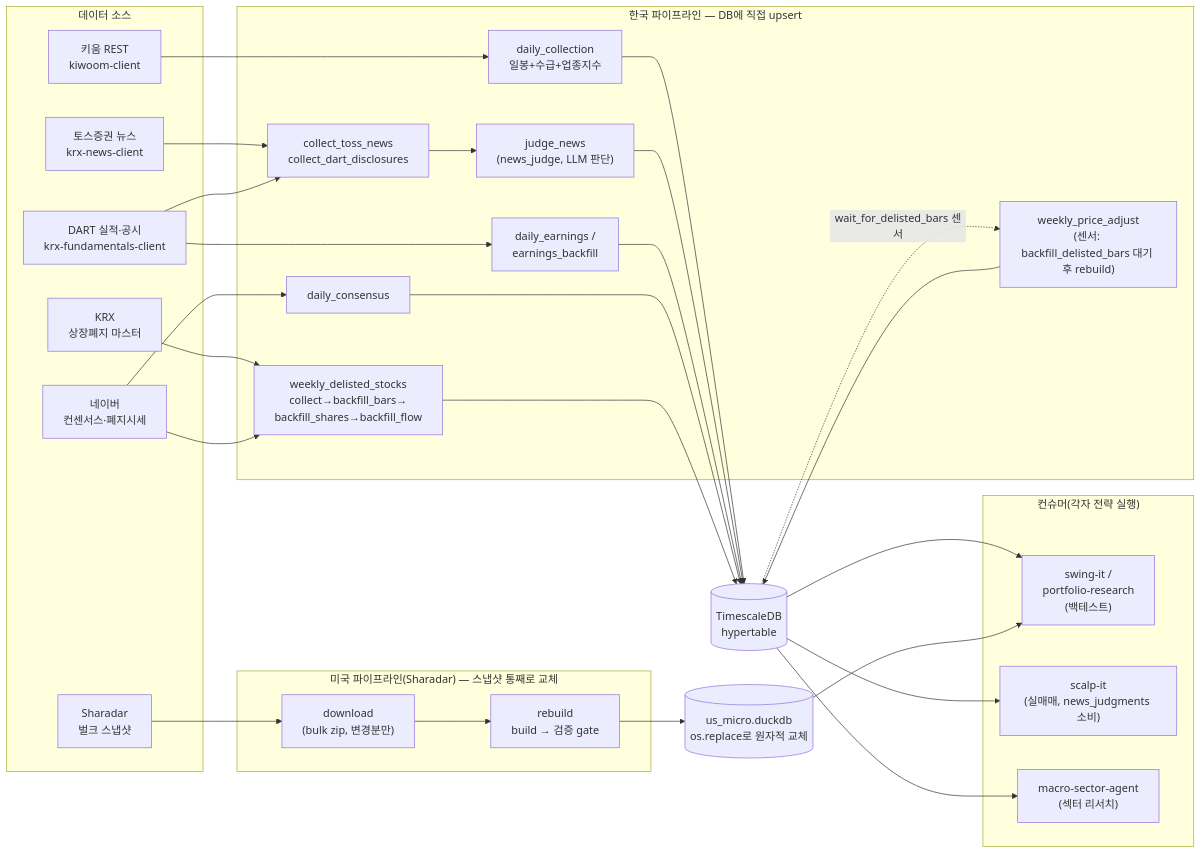
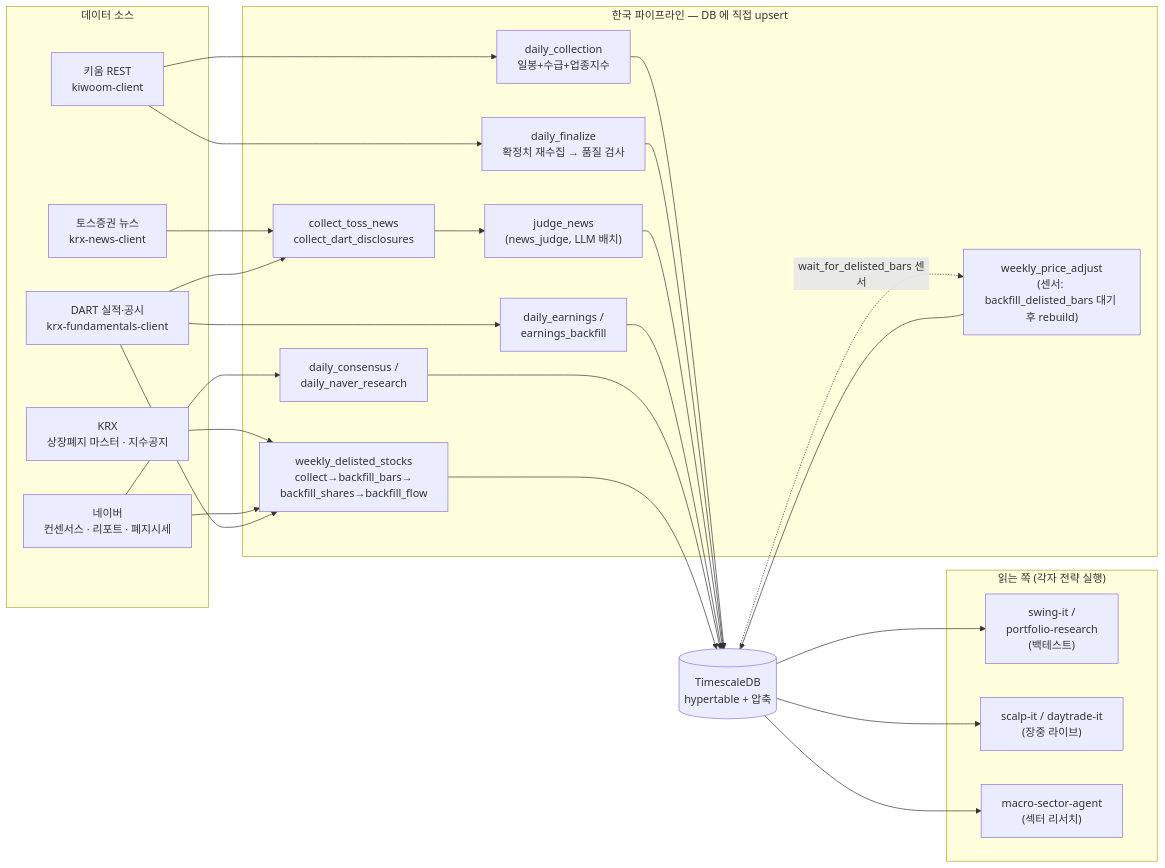
Before and after one commit to younghwan91/quant-airflow: the diagram in README.md, drawn with Mermaid. The commit also changed other lines of this file, not shown here.

````diff
--- a/README.md
+++ b/README.md
@@ -110,50 +90,44 @@
 ```mermaid
 flowchart LR
     subgraph SRC["데이터 소스"]
         KIWOOM["키움 REST<br/>kiwoom-client"]
         DART["DART 실적·공시<br/>krx-fundamentals-client"]
-        KRXM["KRX<br/>상장폐지 마스터"]
-        NAVER["네이버<br/>컨센서스·폐지시세"]
+        KRXM["KRX<br/>상장폐지 마스터 · 지수공지"]
+        NAVER["네이버<br/>컨센서스 · 리포트 · 폐지시세"]
         TOSS["토스증권 뉴스<br/>krx-news-client"]
-        SHARADAR["Sharadar<br/>벌크 스냅샷"]
     end
 
-    subgraph KR["한국 파이프라인 — DB에 직접 upsert"]
+    subgraph KR["한국 파이프라인 — DB 에 직접 upsert"]
         COL["daily_collection<br/>일봉+수급+업종지수"]
+        FIN["daily_finalize<br/>확정치 재수집 → 품질 검사"]
         NEWSCOL["collect_toss_news<br/>collect_dart_disclosures"]
-        JUDGE["judge_news<br/>(news_judge, LLM 판단)"]
+        JUDGE["judge_news<br/>(news_judge, LLM 배치)"]
         EARN["daily_earnings /<br/>earnings_backfill"]
-        CONS["daily_consensus"]
+        CONS["daily_consensus /<br/>daily_naver_research"]
         DELIST["weekly_delisted_stocks<br/>collect→backfill_bars→<br/>backfill_shares→backfill_flow"]
         ADJ["weekly_price_adjust<br/>(센서: backfill_delisted_bars 대기 후 rebuild)"]
     end
 
-    subgraph US["미국 파이프라인(Sharadar) — 스냅샷 통째로 교체"]
-        DL["download<br/>(bulk zip, 변경분만)"]
-        BUILD["rebuild<br/>build → 검증 gate"]
-    end
-
-    TS[("TimescaleDB<br/>hypertable")]
-    DUCK[("us_micro.duckdb<br/>os.replace로 원자적 교체")]
+    TS[("TimescaleDB<br/>hypertable + 압축")]
 
     KIWOOM --> COL --> TS
+    KIWOOM --> FIN --> TS
     TOSS --> NEWSCOL
     DART --> NEWSCOL
     NEWSCOL --> JUDGE --> TS
     DART --> EARN --> TS
     NAVER --> CONS --> TS
     KRXM --> DELIST
     NAVER --> DELIST
+    DART --> DELIST
     DELIST --> TS
     TS -. "wait_for_delisted_bars 센서" .-> ADJ --> TS
-    SHARADAR --> DL --> BUILD --> DUCK
 
-    subgraph CONSUMER["컨슈머(각자 전략 실행)"]
+    subgraph CONSUMER["읽는 쪽 (각자 전략 실행)"]
         SW["swing-it /<br/>portfolio-research<br/>(백테스트)"]
-        SCALP["scalp-it<br/>(실매매, news_judgments 소비)"]
+        LIVE["scalp-it / daytrade-it<br/>(장중 라이브)"]
         MACRO["macro-sector-agent<br/>(섹터 리서치)"]
     end
 
-    TS --> SW & SCALP & MACRO
-    DUCK --> SW
+    TS --> SW & LIVE & MACRO
 ```
````
